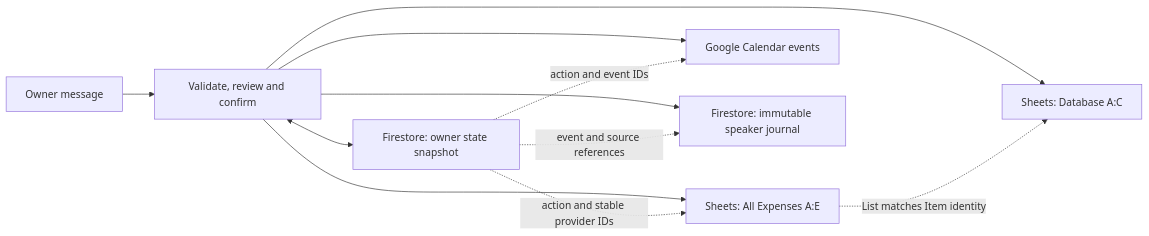
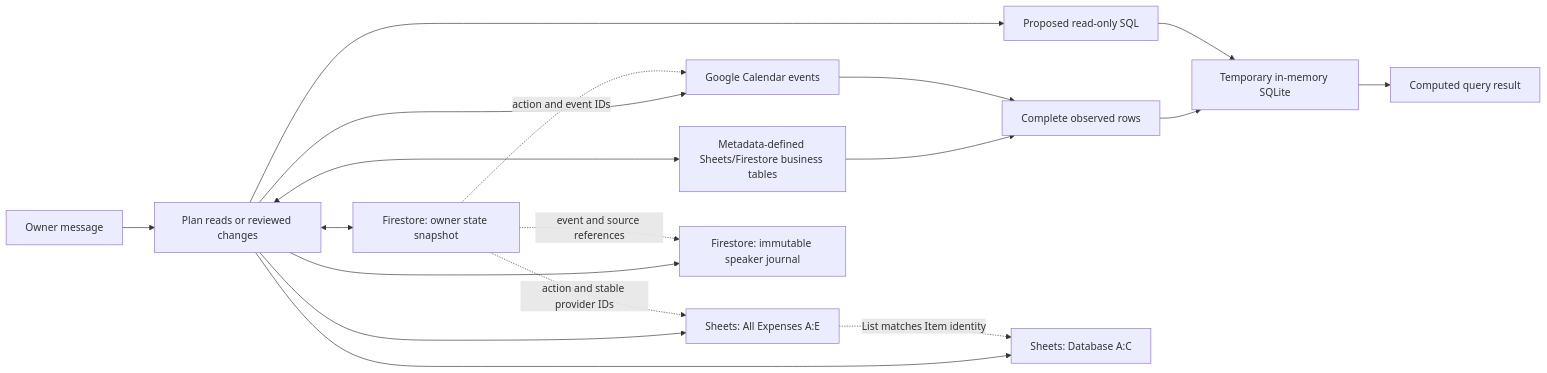
The diagram in docs/database-schema.md (thanaphatt1/line-personal-assistant), drawn with Mermaid before and after one commit. The commit also changed other lines of this file and 58 other files, not shown here.

Commit message:
Add schema-driven planning and read-only SQL analysis

````diff
--- a/docs/database-schema.md
+++ b/docs/database-schema.md
@@ -17,13 +23,19 @@
 ```mermaid
 flowchart LR
-    Owner[Owner message] --> App[Validate, review and confirm]
+    Owner[Owner message] --> App[Plan reads or reviewed changes]
+    App <--> Tables[Metadata-defined Sheets/Firestore business tables]
+    Tables --> Rows[Complete observed rows]
+    App --> Query[Proposed read-only SQL]
+    Rows --> SQL[Temporary in-memory SQLite]
+    Query --> SQL --> Answer[Computed query result]
     App --> Expenses[Sheets: All Expenses A:E]
     App --> Catalog[Sheets: Database A:C]
     Expenses -. List matches Item identity .-> Catalog
     App --> Calendar[Google Calendar events]
+    Calendar --> Rows
     App <--> State[Firestore: owner state snapshot]
     App --> Raw[Firestore: immutable speaker journal]
     State -. event and source references .-> Raw
     State -. action and stable provider IDs .-> Expenses
     State -. action and event IDs .-> Calendar
 ```
````
